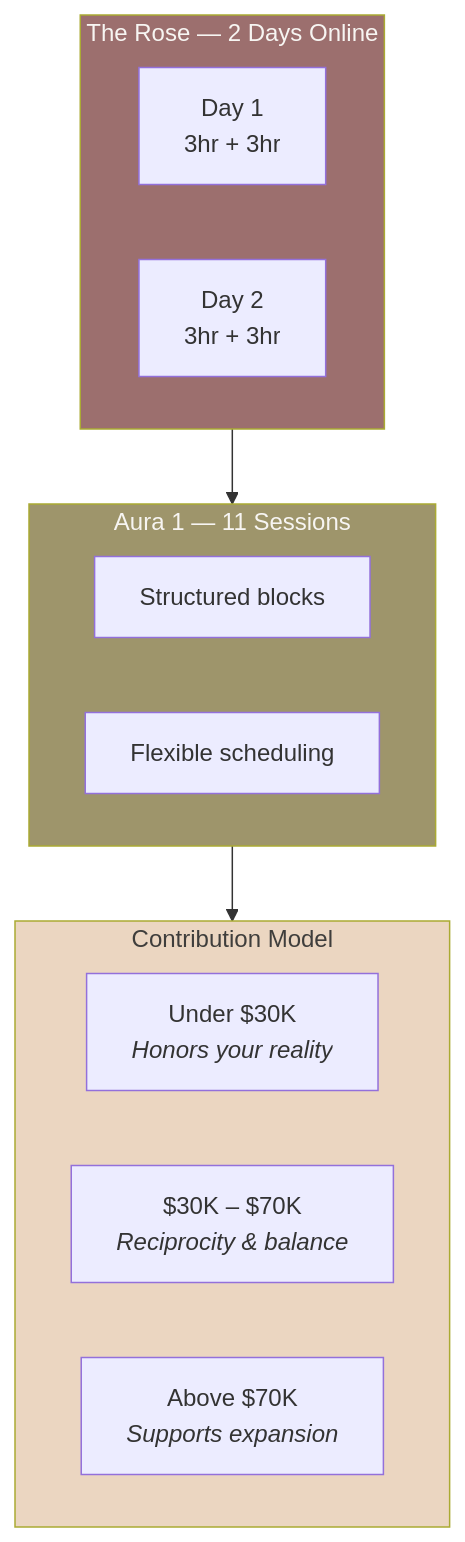
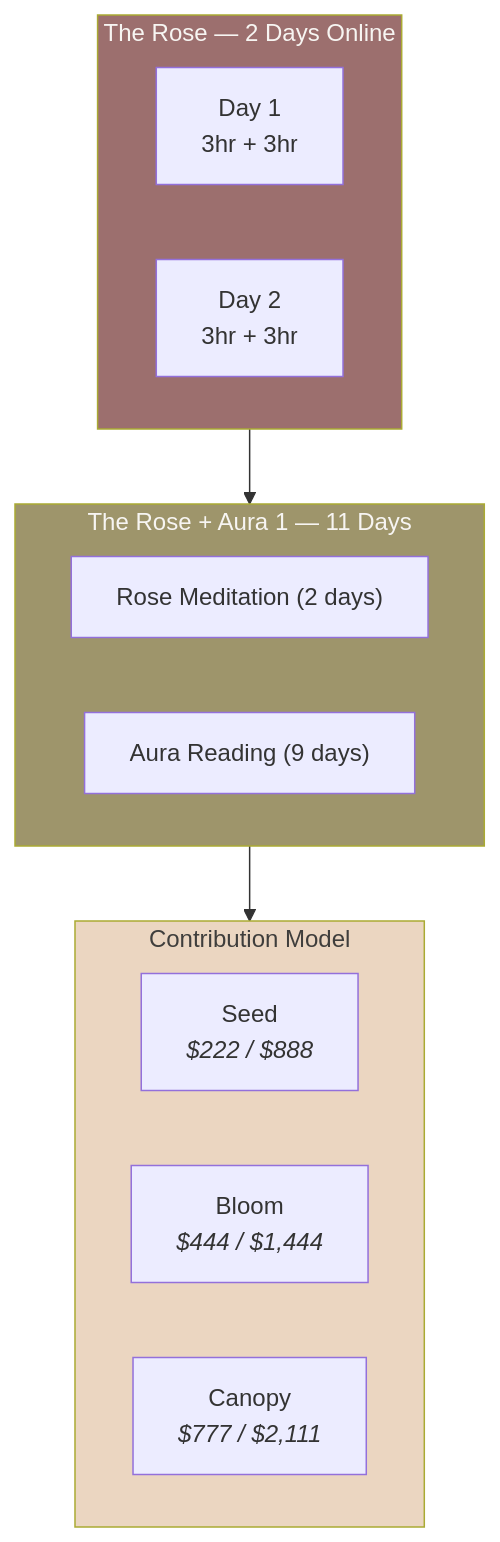
One commit to Light-Brands/roses-os changed diagram 21 of 28 in docs/brand/brand-dna.md. Above: the diagram before and after it, drawn with Mermaid. The commit also changed other lines of this file, not shown here.

````diff
--- a/docs/brand/brand-dna.md
+++ b/docs/brand/brand-dna.md
@@ -1162,25 +1290,25 @@
 ```mermaid
 graph TD
     subgraph ROSE_COURSE["The Rose — 2 Days Online"]
         D1["Day 1<br/>3hr + 3hr"]
         D2["Day 2<br/>3hr + 3hr"]
     end
 
-    subgraph AURA_COURSE["Aura 1 — 11 Sessions"]
-        S1["Structured blocks"]
-        S2["Flexible scheduling"]
+    subgraph AURA_COURSE["The Rose + Aura 1 — 11 Days"]
+        S1["Rose Meditation (2 days)"]
+        S2["Aura Reading (9 days)"]
     end
 
     subgraph CONTRIBUTION["Contribution Model"]
-        T1["Under $30K<br/><i>Honors your reality</i>"]
-        T2["$30K – $70K<br/><i>Reciprocity & balance</i>"]
-        T3["Above $70K<br/><i>Supports expansion</i>"]
+        T1["Seed<br/><i>$222 / $888</i>"]
+        T2["Bloom<br/><i>$444 / $1,444</i>"]
+        T3["Canopy<br/><i>$777 / $2,111</i>"]
     end
 
     ROSE_COURSE --> AURA_COURSE
     AURA_COURSE --> CONTRIBUTION
 
     style ROSE_COURSE fill:#9C6F6E,color:#F7F5F2
     style AURA_COURSE fill:#9E956B,color:#F7F5F2
     style CONTRIBUTION fill:#EBD6C1,color:#3F3E3C
 ```
````
